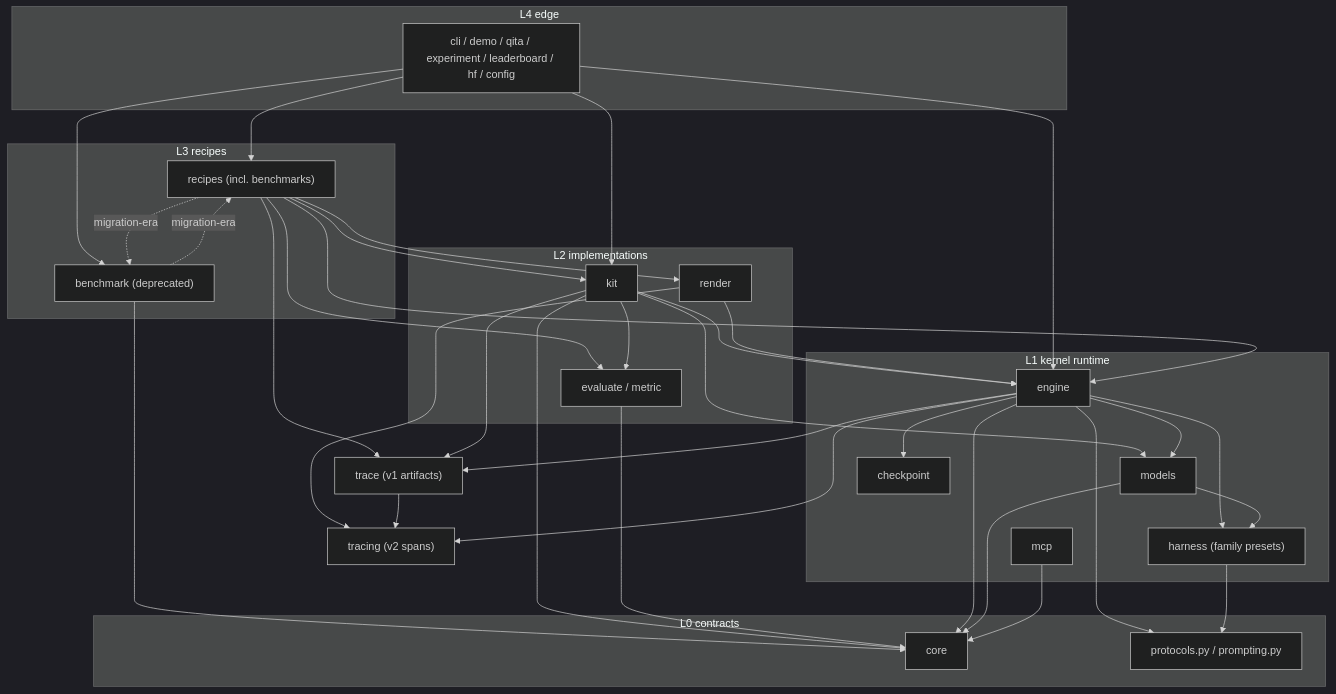
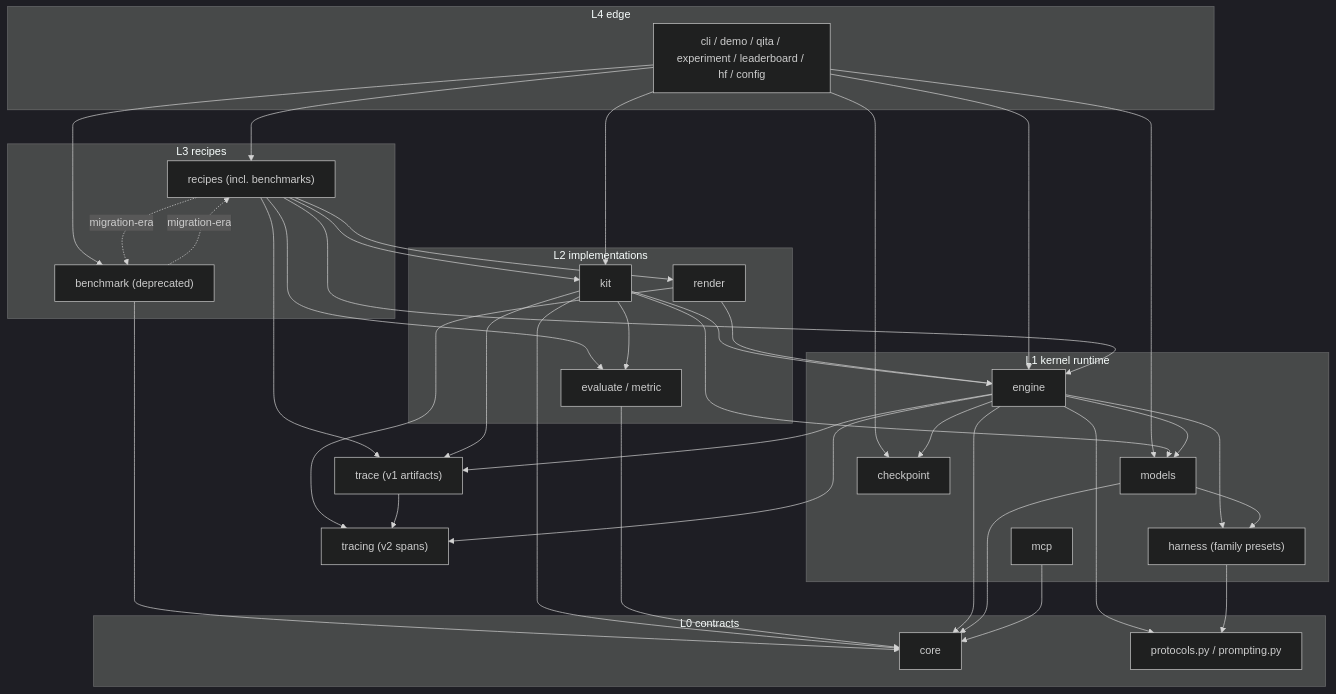
One commit to Qitor/qitos changed the diagram in docs/architecture/module-boundaries.md. Above: the diagram before and after it, drawn with Mermaid (dark theme). The commit also changed other lines of this file and 49 other files, not shown here.

````diff
--- a/docs/architecture/module-boundaries.md
+++ b/docs/architecture/module-boundaries.md
@@ -46,61 +46,63 @@
 ```mermaid
 graph TD
     subgraph L4["L4 edge"]
         CLI["cli / demo / qita / experiment / leaderboard / hf / config"]
     end
     subgraph L3["L3 recipes"]
         REC["recipes (incl. benchmarks)"]
         BM["benchmark (deprecated)"]
     end
     subgraph L2["L2 implementations"]
         KIT["kit"]
         REN["render"]
         EV["evaluate / metric"]
     end
     subgraph L1["L1 kernel runtime"]
         ENG["engine"]
         HAR["harness (family presets)"]
         MOD["models"]
         MCP["mcp"]
         CKP["checkpoint"]
     end
     subgraph L0["L0 contracts"]
         CORE["core"]
         PRO["protocols.py / prompting.py"]
     end
     TRACE["trace (v1 artifacts)"]
     TRACING["tracing (v2 spans)"]
 
     CLI --> REC
     CLI --> KIT
     CLI --> BM
     CLI --> ENG
+    CLI --> MOD
+    CLI --> CKP
     REC --> ENG
     REC --> KIT
     REC --> TRACE
     REC --> REN
     REC --> EV
     BM --> CORE
     BM -.migration-era.-> REC
     REC -.migration-era.-> BM
     KIT --> CORE
     KIT --> ENG
     KIT --> MOD
     KIT --> EV
     KIT --> TRACE
     REN --> ENG
     REN --> TRACING
     EV --> CORE
     ENG --> CORE
     ENG --> PRO
     ENG --> MOD
     ENG --> HAR
     ENG --> CKP
     ENG --> TRACE
     ENG --> TRACING
     MOD --> CORE
     MOD --> HAR
     HAR --> PRO
     MCP --> CORE
     TRACE --> TRACING
 ```
````
